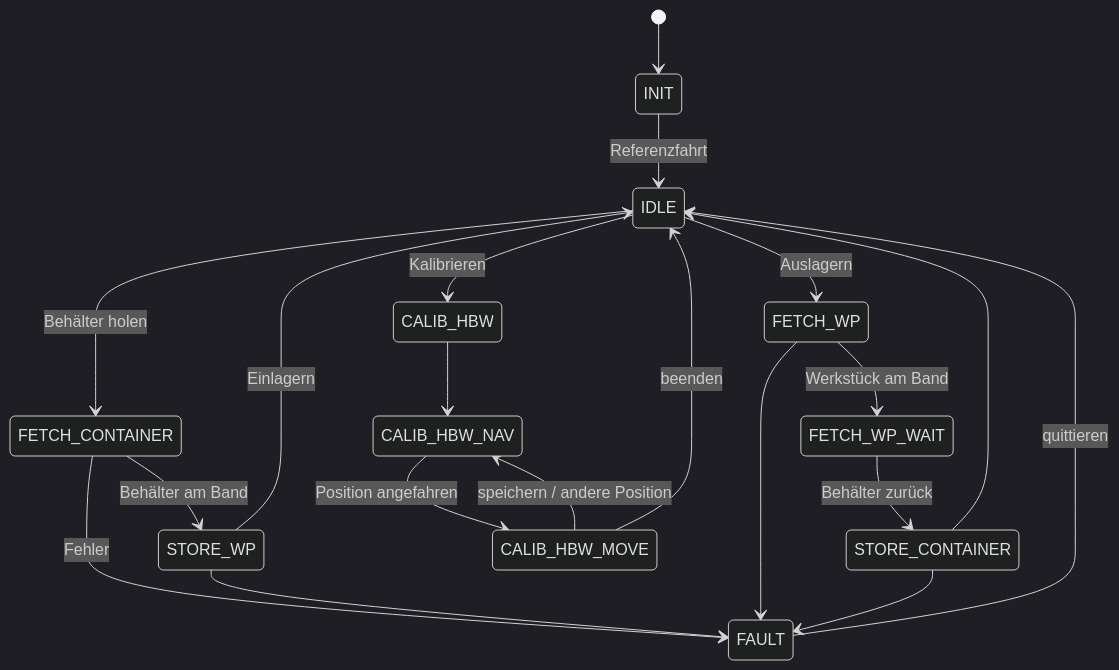
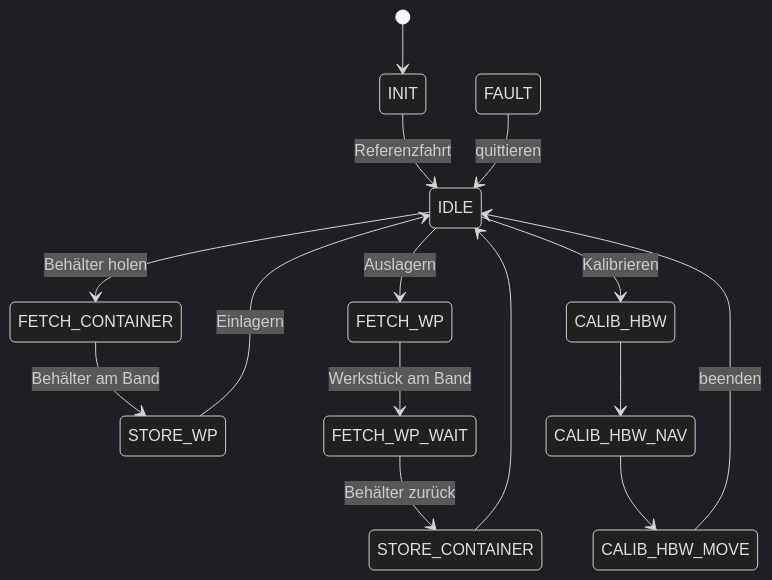
The third of 3 diagrams in README.md (VSO-WIG-SO26-27/Hochregallager-und-Dashboard), drawn with Mermaid (dark theme) before and after one commit. The commit also changed other lines of this file and 17 other files, not shown here.

````diff
--- a/README.md
+++ b/README.md
@@ -94,22 +140,17 @@
 ```mermaid
 stateDiagram-v2
     [*] --> INIT
     INIT --> IDLE: Referenzfahrt
     IDLE --> FETCH_CONTAINER: Behälter holen
     FETCH_CONTAINER --> STORE_WP: Behälter am Band
     STORE_WP --> IDLE: Einlagern
     IDLE --> FETCH_WP: Auslagern
     FETCH_WP --> FETCH_WP_WAIT: Werkstück am Band
     FETCH_WP_WAIT --> STORE_CONTAINER: Behälter zurück
     STORE_CONTAINER --> IDLE
     IDLE --> CALIB_HBW: Kalibrieren
     CALIB_HBW --> CALIB_HBW_NAV
-    CALIB_HBW_NAV --> CALIB_HBW_MOVE: Position angefahren
-    CALIB_HBW_MOVE --> CALIB_HBW_NAV: speichern / andere Position
+    CALIB_HBW_NAV --> CALIB_HBW_MOVE
     CALIB_HBW_MOVE --> IDLE: beenden
-    FETCH_CONTAINER --> FAULT: Fehler
-    STORE_WP --> FAULT
-    FETCH_WP --> FAULT
-    STORE_CONTAINER --> FAULT
     FAULT --> IDLE: quittieren
 ```
````
